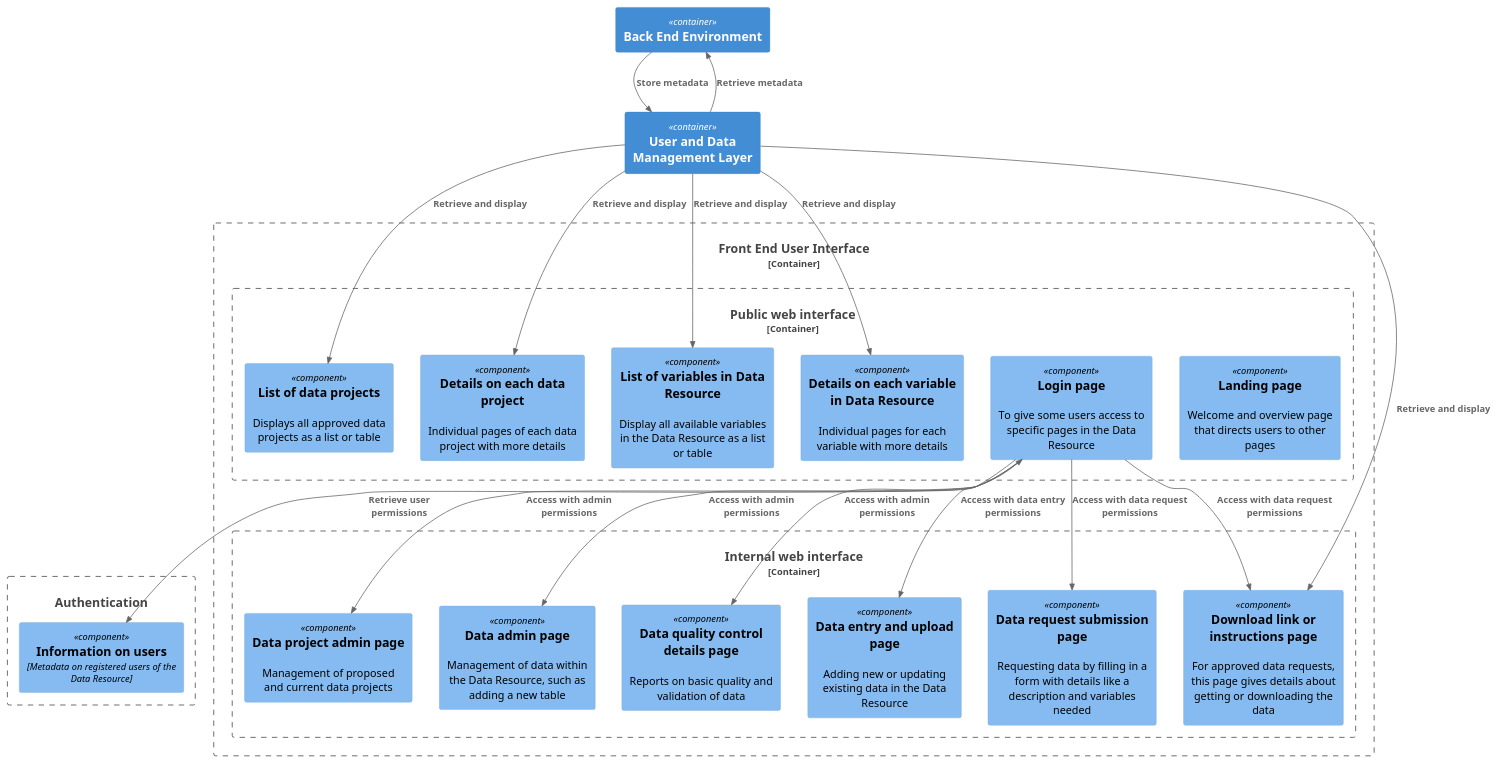
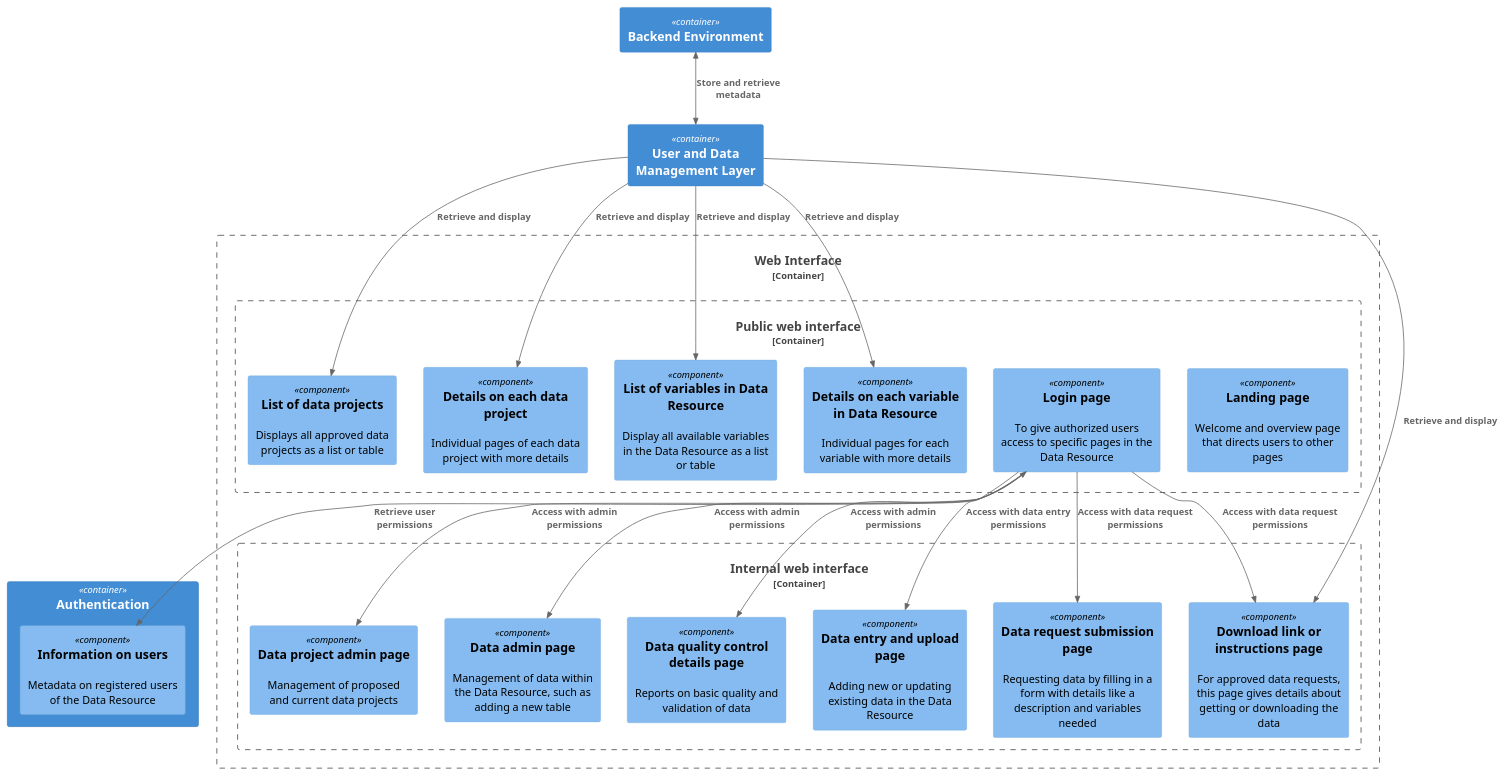
One commit to seedcase-project/seedcase-website changed the diagram in design/images/component-ui.puml. Above: the diagram before and after it, drawn with PlantUML.

Commit message:
move auth container out as its own thing

```diff
--- a/design/images/component-ui.puml
+++ b/design/images/component-ui.puml
@@ -1,58 +1,58 @@
 @startuml 
 ' Component diagram for the Seedcase product - Backend: File Storage
 !include  https://raw.githubusercontent.com/plantuml-stdlib/C4-PlantUML/master/C4_Component.puml
 
-Container(bee, "Back End Environment")
+Container(bee, "Backend Environment")
 Container(management, "User and Data Management Layer")
 Container(auth, "Authentication")
+Container(auth, "Authentication") {
+  Component(user_info, "Information on users", $descr="Metadata on registered users of the Data Resource")
+}
 
-Container_Boundary(ui, "Front End User Interface") {
-  Container_Boundary(auth, "Authentication") {
-    Component(user_info, "Information on users", "Metadata on registered users of the Data Resource")
-  }
+Container_Boundary(ui, "Web Interface") {
+
   Container_Boundary(web, "Public web interface") {
     Component(page_landing, "Landing page", $descr="Welcome and overview page that directs users to other pages")
-    Component(page_login, "Login page", $descr="To give some users access to specific pages in the Data Resource")
+    Component(page_login, "Login page", $descr="To give authorized users access to specific pages in the Data Resource")
     Component(page_projects_list, "List of data projects", $descr="Displays all approved data projects as a list or table")
     Component(page_projects_details, "Details on each data project", $descr="Individual pages of each data project with more details")
     Component(page_metadata_list, "List of variables in Data Resource", $descr="Display all available variables in the Data Resource as a list or table")
     Component(page_metadata_details, "Details on each variable in Data Resource", $descr="Individual pages for each variable with more details")
   }
   Container_Boundary(web_admin, "Internal web interface") {
     ' Admin
     Component(page_project_admin, "Data project admin page", $descr="Management of proposed and current data projects")
     Component(page_data_admin, "Data admin page", $descr="Management of data within the Data Resource, such as adding a new table")
     Component(page_data_qc, "Data quality control details page", $descr="Reports on basic quality and validation of data")
 
     ' Data entry
     Component(page_data_upload, "Data entry and upload page", $descr="Adding new or updating existing data in the Data Resource")
 
     ' Data request
     Component(page_data_request, "Data request submission page", $descr="Requesting data by filling in a form with details like a description and variables needed")
     Component(page_data_download, "Download link or instructions page", $descr="For approved data requests, this page gives details about getting or downloading the data")
   }
 }
 
 ' Logged in users
 BiRel(page_login, user_info, "Retrieve user permissions")
 
 Rel(page_login, page_data_upload, "Access with data entry permissions")
 
 Rel(page_login, page_data_request, "Access with data request permissions")
 Rel(page_login, page_data_download, "Access with data request permissions")
 
 Rel(page_login, page_project_admin, "Access with admin permissions")
 Rel(page_login, page_data_admin, "Access with admin permissions")
 Rel(page_login, page_data_qc, "Access with admin permissions")
 
-' Accessing back end
-Rel(management, bee, "Retrieve metadata")
-Rel(bee, management, "Store metadata")
+' Accessing backend
+BiRel(bee, management, "Store and retrieve metadata")
 Rel(management, page_projects_list, "Retrieve and display")
 Rel(management, page_projects_details, "Retrieve and display")
 Rel(management, page_metadata_list, "Retrieve and display")
 Rel(management, page_metadata_details, "Retrieve and display")
 
 ' Requesting data
 Rel(management, page_data_download, "Retrieve and display")
 @enduml
```
